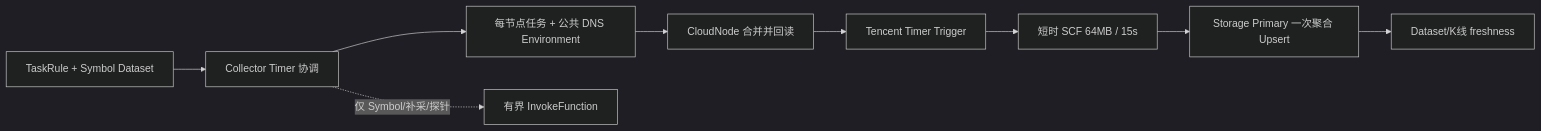
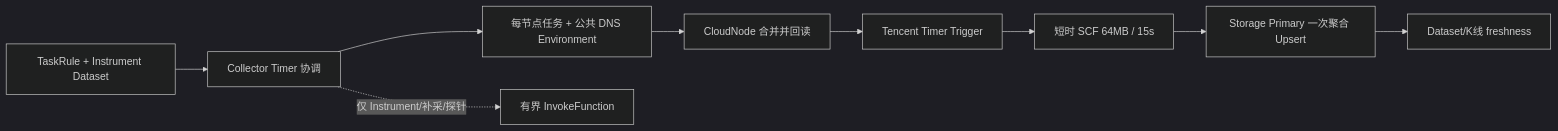
Before and after one commit to mooyang-code/moox: the diagram in docs/采集任务管理.md, drawn with Mermaid (dark theme). The commit also changed other lines of this file and 175 other files, not shown here.

````diff
--- a/docs/采集任务管理.md
+++ b/docs/采集任务管理.md
@@ -52,11 +55,11 @@
 ```mermaid
 flowchart LR
-  Rule["TaskRule + Symbol Dataset"] --> Collector["Collector Timer 协调"]
+  Rule["TaskRule + Instrument Dataset"] --> Collector["Collector Timer 协调"]
   Collector --> Env["每节点任务 + 公共 DNS Environment"]
   Env --> CloudNode["CloudNode 合并并回读"]
   CloudNode --> Trigger["Tencent Timer Trigger"]
   Trigger --> SCF["短时 SCF 64MB / 15s"]
   SCF --> Storage["Storage Primary 一次聚合 Upsert"]
   Storage --> Monitor["Dataset/K线 freshness"]
-  Collector -. "仅 Symbol/补采/探针" .-> Invoke["有界 InvokeFunction"]
+  Collector -. "仅 Instrument/补采/探针" .-> Invoke["有界 InvokeFunction"]
 ```
````
